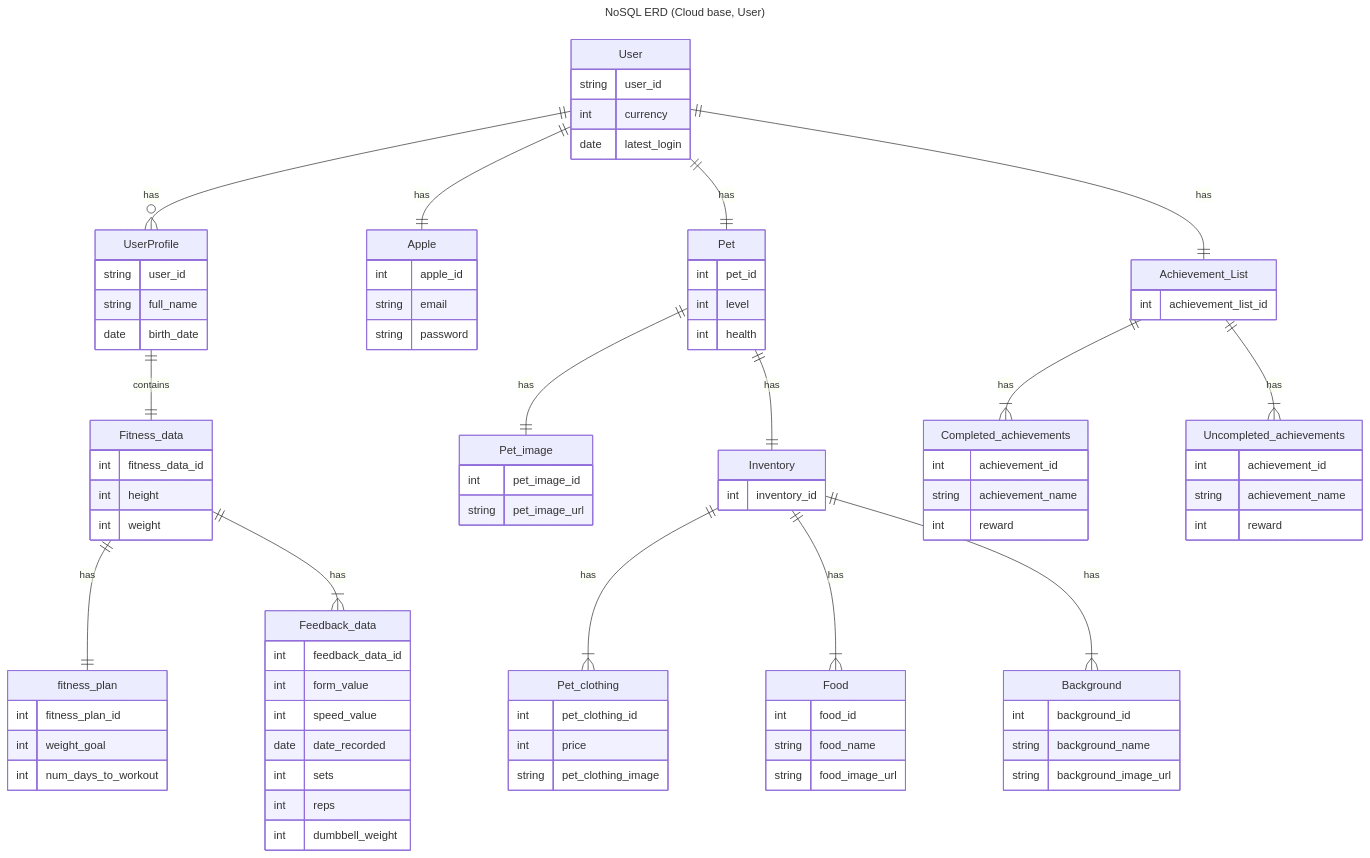
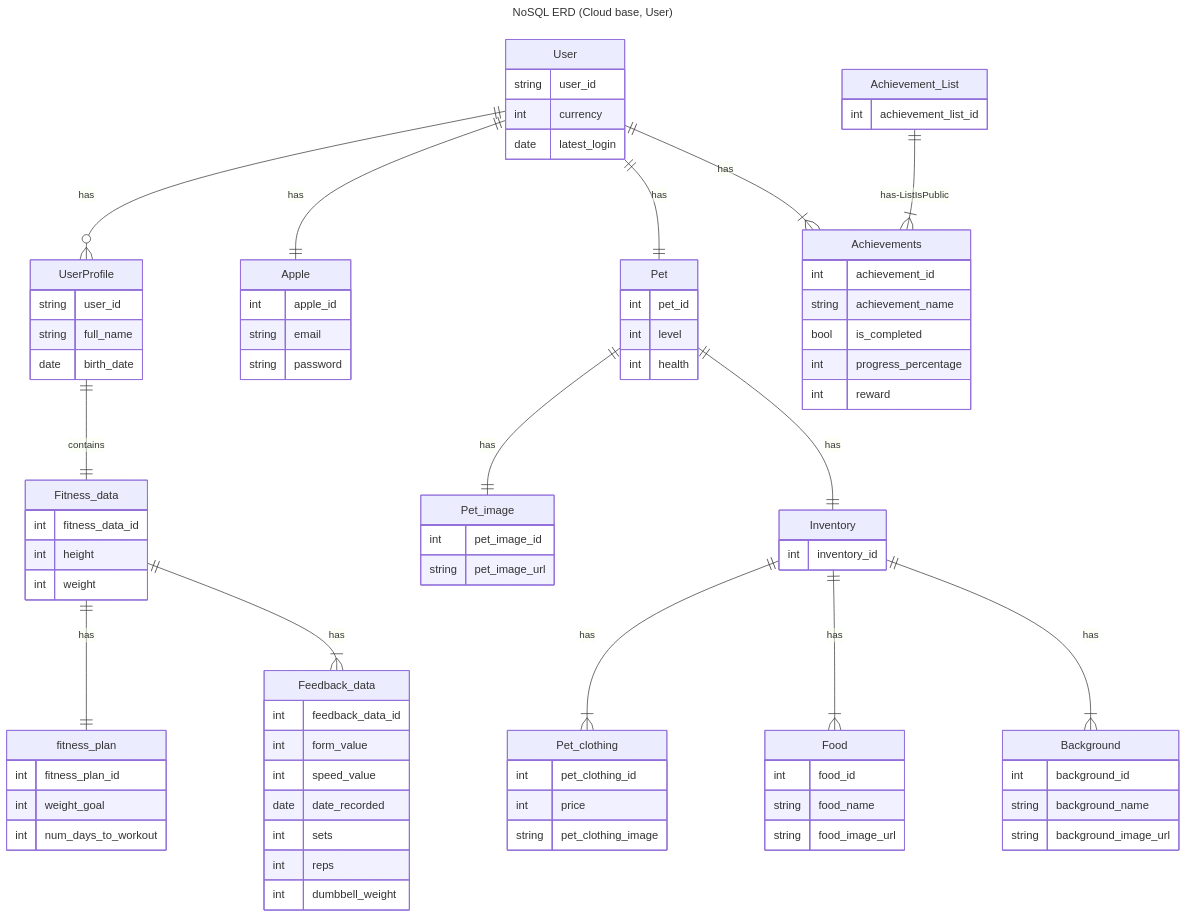
The first of 4 diagrams in documentation/docs/system-architecture/database-diagrams.md (Capstone-Projects-2024-Spring/project-smartweights), drawn with Mermaid before and after one commit.

Commit message:
Update database-diagrams.md
update to class diagram

````diff
--- a/documentation/docs/system-architecture/database-diagrams.md
+++ b/documentation/docs/system-architecture/database-diagrams.md
@@ -20,7 +20,7 @@
 erDiagram 
     User ||--o{ UserProfile : has
     User ||--|| Apple : has
-    User ||--||Achievement_List: has
+    %% User ||--||Achievement_List: has
     UserProfile ||--||Fitness_data: contains
     User ||--||Pet:has
     Pet ||--|| Pet_image: has 
@@ -32,8 +32,9 @@
     %% Shop ||--|{ Pet_clothing: has
     Fitness_data||--||fitness_plan: has 
     Fitness_data||--|{Feedback_data:has
-    Achievement_List||--|{ Completed_achievements: has
-    Achievement_List||--|{ Uncompleted_achievements: has
+    User ||--|{Achievements:has
+    Achievement_List ||--|{ Achievements: has-ListIsPublic
+
     UserProfile {
         string user_id
         string full_name
@@ -107,14 +108,11 @@
         int achievement_list_id
 
     }
-    Completed_achievements{
+  Achievements{
         int achievement_id
         string achievement_name
-        int reward
-    }
-    Uncompleted_achievements{
-        int achievement_id
-        string achievement_name
+         bool is_completed
+        int progress_percentage
         int reward
     }
 ```
````
